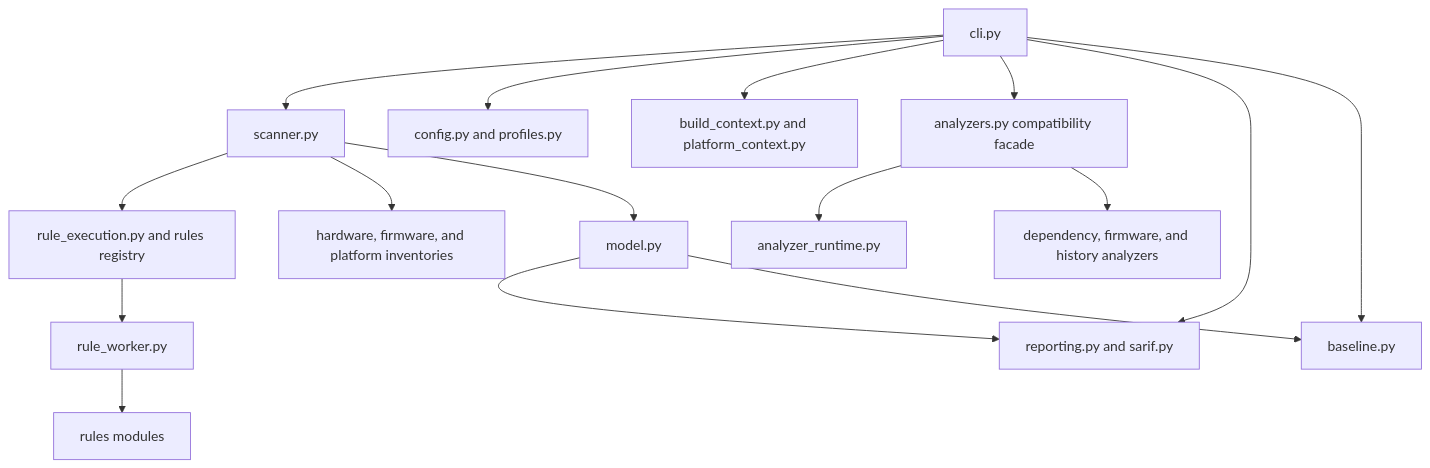
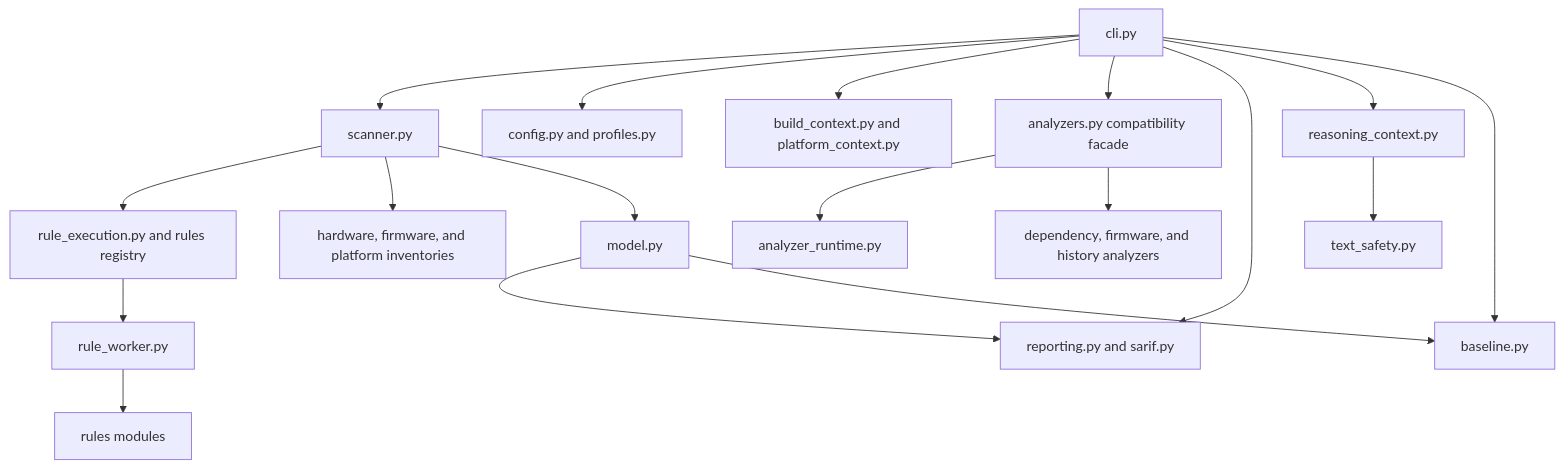
Before and after one commit to VIGIL-IoT/VIGIL-FUSE: the fourth of 6 diagrams in docs/architecture.md, drawn with Mermaid. The commit also changed other lines of this file and 7 other files, not shown here.

Commit message:
feat: add bounded reasoning context contract

````diff
--- a/docs/architecture.md
+++ b/docs/architecture.md
@@ -129,18 +129,20 @@
 ```mermaid
 flowchart TD
     CLI[cli.py] --> Scanner[scanner.py]
     CLI --> Config[config.py and profiles.py]
     CLI --> Context[build_context.py and platform_context.py]
     CLI --> AnalyzerFacade[analyzers.py compatibility facade]
     CLI --> Reporters[reporting.py and sarif.py]
+    CLI --> ReasoningContext[reasoning_context.py]
     CLI --> Baseline[baseline.py]
     Scanner --> Rules[rule_execution.py and rules registry]
     Rules --> Worker[rule_worker.py]
     Worker --> NativeRules[rules modules]
     Scanner --> Inventory[hardware, firmware, and platform inventories]
     AnalyzerFacade --> Runtime[analyzer_runtime.py]
     AnalyzerFacade --> Optional[dependency, firmware, and history analyzers]
     Scanner --> Model[model.py]
     Model --> Reporters
     Model --> Baseline
+    ReasoningContext --> TextSafety[text_safety.py]
 ```
````
